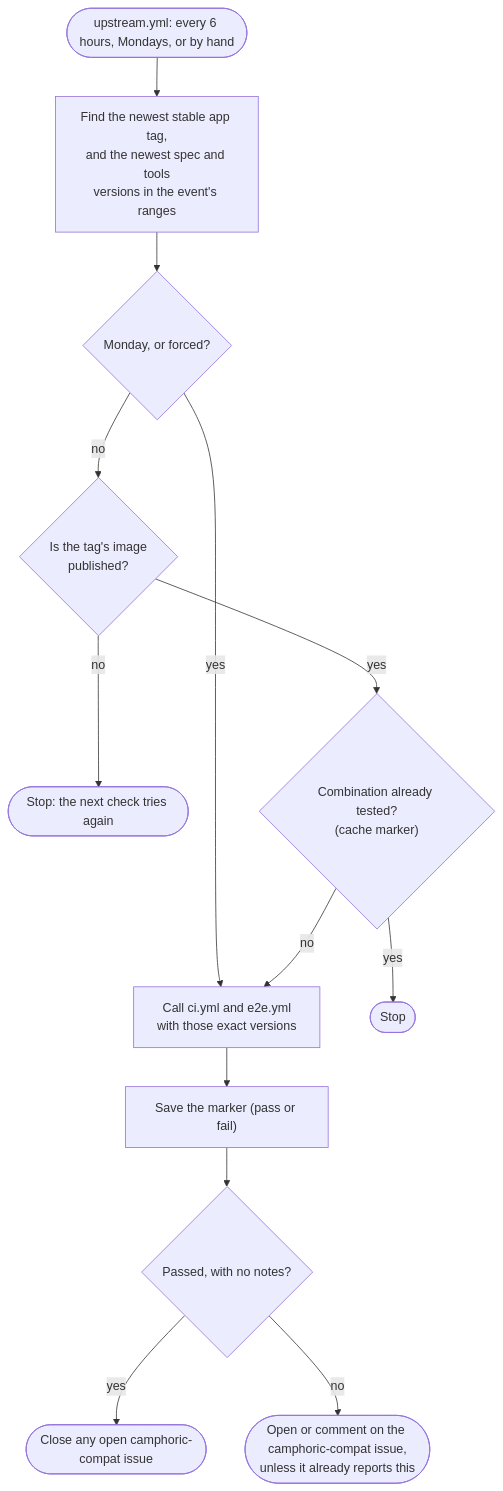
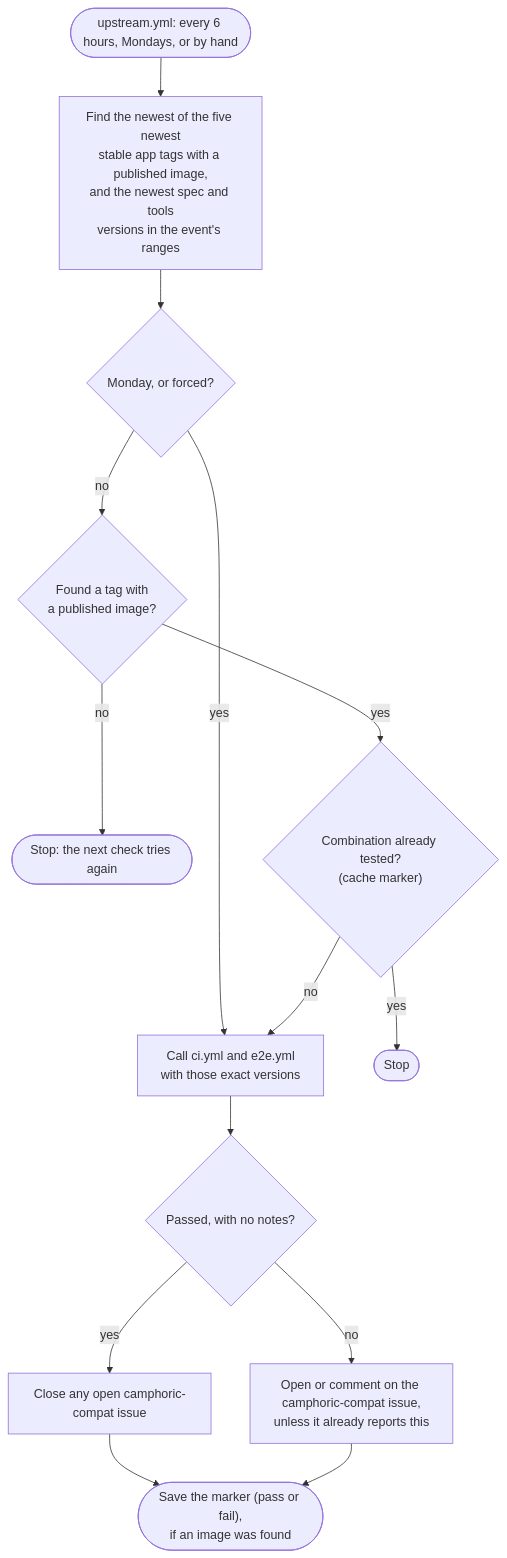
Before and after one commit to camphoric/camphoric: the diagram in doc/event-repo-ci.md, drawn with Mermaid. The commit also changed other lines of this file, not shown here.

First line of the commit message:
docs(ci): describe the event repositories' workflows as built

````diff
--- a/doc/event-repo-ci.md
+++ b/doc/event-repo-ci.md
@@ -160,15 +176,16 @@
 ```mermaid
 flowchart TD
-  cron(["upstream.yml: every 6 hours, Mondays, or by hand"]) --> find["Find the newest stable app tag,<br/>and the newest spec and tools<br/>versions in the event's ranges"]
+  cron(["upstream.yml: every 6 hours, Mondays, or by hand"]) --> find["Find the newest of the five newest<br/>stable app tags with a published image,<br/>and the newest spec and tools<br/>versions in the event's ranges"]
   find --> always{"Monday, or forced?"}
   always -- yes --> run
-  always -- no --> image{"Is the tag's image<br/>published?"}
+  always -- no --> image{"Found a tag with<br/>a published image?"}
   image -- no --> stop(["Stop: the next check tries again"])
   image -- yes --> tested{"Combination already tested?<br/>(cache marker)"}
   tested -- yes --> stop2(["Stop"])
   tested -- no --> run["Call ci.yml and e2e.yml<br/>with those exact versions"]
-  run --> record["Save the marker (pass or fail)"]
-  record --> report{"Passed, with no notes?"}
-  report -- yes --> close(["Close any open camphoric-compat issue"])
-  report -- no --> issue(["Open or comment on the camphoric-compat issue,<br/>unless it already reports this"])
+  run --> report{"Passed, with no notes?"}
+  report -- yes --> close["Close any open camphoric-compat issue"]
+  report -- no --> issue["Open or comment on the camphoric-compat issue,<br/>unless it already reports this"]
+  close --> record(["Save the marker (pass or fail),<br/>if an image was found"])
+  issue --> record
 ```
````
